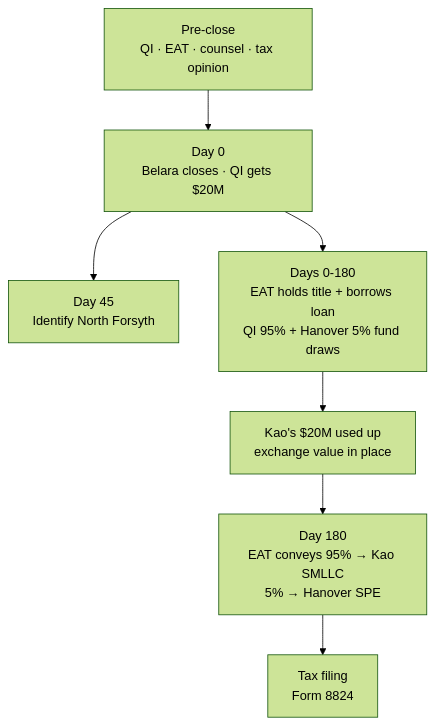
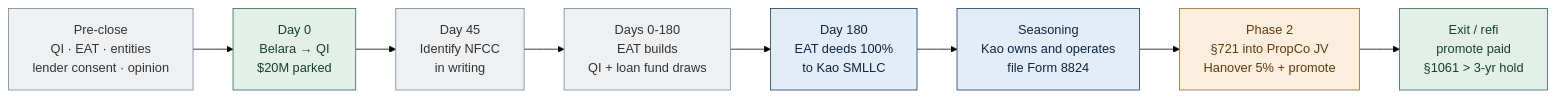
Before and after one commit to EthanCow/North-Forsyth-1031-Diagrams: the fourth of 4 diagrams in North_Forsyth_1031_Diagrams.md, drawn with Mermaid (forest theme). The commit also changed other lines of this file and 2 other files, not shown here.

````diff
--- a/North_Forsyth_1031_Diagrams.md
+++ b/North_Forsyth_1031_Diagrams.md
@@ -123,13 +395,16 @@
 ```mermaid
-flowchart TB
-    A["Pre-close\nQI · EAT · counsel · tax opinion"]
-    B["Day 0\nBelara closes · QI gets $20M"]
-    C["Day 45\nIdentify North Forsyth"]
-    D["Days 0-180\nEAT holds title + borrows loan\nQI 95% + Hanover 5% fund draws"]
-    G["Kao's $20M used up\nexchange value in place"]
-    E["Day 180\nEAT conveys 95% → Kao SMLLC\n5% → Hanover SPE"]
-    F["Tax filing\nForm 8824"]
-
-    A --> B --> C
-    B --> D --> G --> E --> F
+flowchart LR
+  A["Pre-close<br/>QI · EAT · entities<br/>lender consent · opinion"]:::neutral
+  B["Day 0<br/>Belara → QI<br/>$20M parked"]:::asset
+  C["Day 45<br/>Identify NFCC<br/>in writing"]:::neutral
+  D["Days 0-180<br/>EAT builds<br/>QI + loan fund draws"]:::neutral
+  E["Day 180<br/>EAT deeds 100%<br/>to Kao SMLLC"]:::kao
+  F["Seasoning<br/>Kao owns and operates<br/>file Form 8824"]:::kao
+  G["Phase 2<br/>§721 into PropCo JV<br/>Hanover 5% + promote"]:::han
+  H["Exit / refi<br/>promote paid<br/>§1061 > 3-yr hold"]:::asset
+  A --> B --> C --> D --> E --> F --> G --> H
+  classDef kao fill:#e3edf7,stroke:#1f3a5f,color:#0f2440;
+  classDef han fill:#fbeede,stroke:#9c6b1e,color:#5a3d0e;
+  classDef neutral fill:#eef0f2,stroke:#7a8696,color:#333;
+  classDef asset fill:#e5efe9,stroke:#2d6a4f,color:#14402e;
 ```
````
